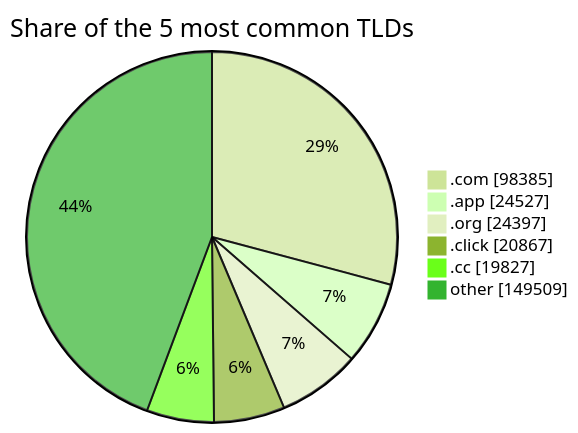
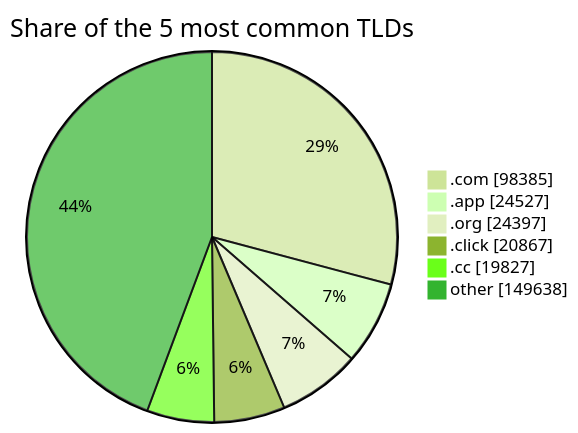
Before and after one commit to DNSBunker/CTI: the third of 3 diagrams in README.md, drawn with Mermaid (forest theme). The commit also changed other lines of this file and 3 other files, not shown here.

````diff
--- a/README.md
+++ b/README.md
@@ -81,9 +81,9 @@
 ```mermaid
 pie showData title Share of the 5 most common TLDs
     ".com" : 98385
     ".app" : 24527
     ".org" : 24397
     ".click" : 20867
     ".cc" : 19827
-    "other" : 149509
+    "other" : 149638
 ```
````
